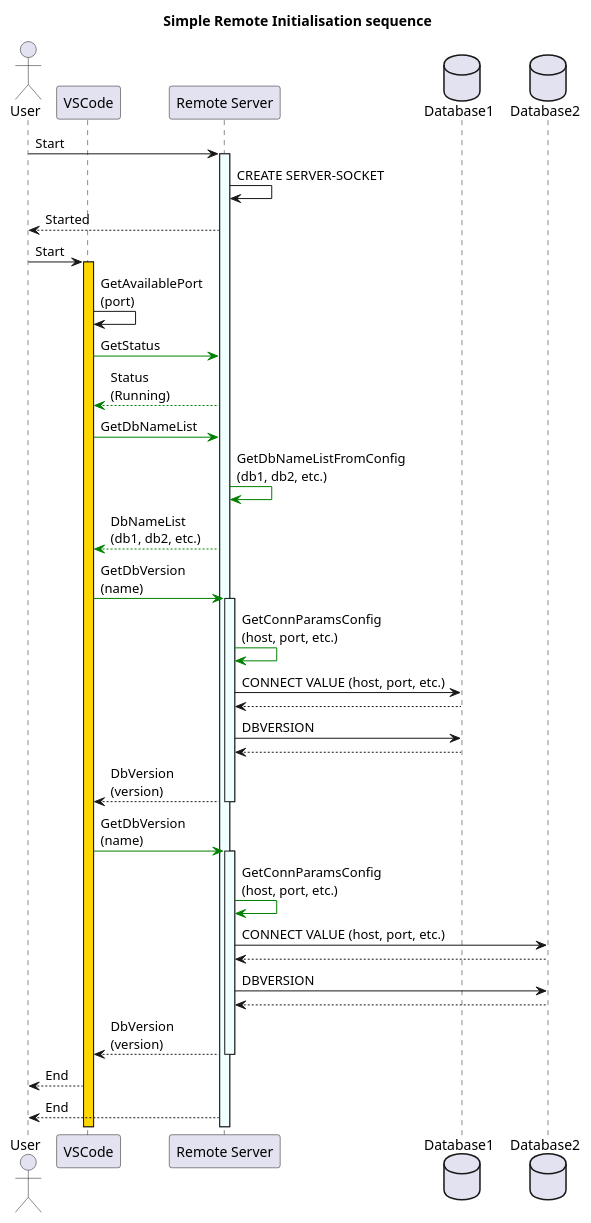
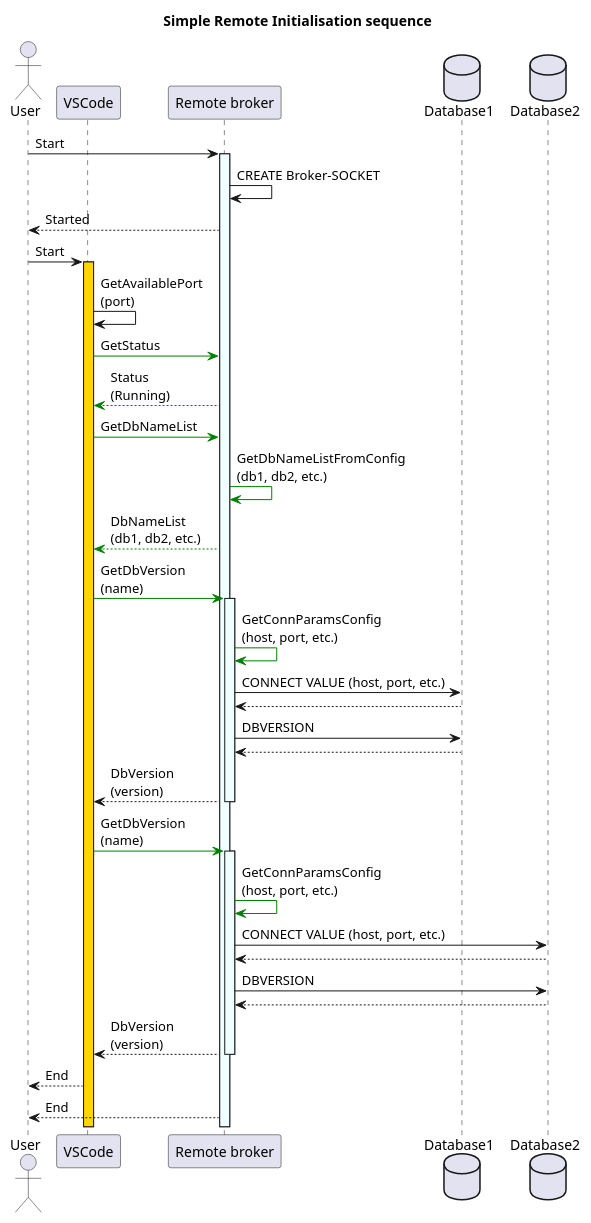
Before and after one commit to BalticAmadeus/ProBro: the diagram in seq2.plantuml, drawn with PlantUML. The commit also changed 8 other files, not shown here.

```diff
--- a/seq2.plantuml
+++ b/seq2.plantuml
@@ -1,45 +1,45 @@
 @startuml SimpleRemoteInitializationSequence
 
 title Simple Remote Initialisation sequence
 
 actor User
 participant VSCode
-participant Server as "Remote Server"
+participant Broker as "Remote broker"
 database Database1
 database Database2
 
-User -> Server ++ #Azure : Start
-Server ->  Server : CREATE SERVER-SOCKET
-User <-- Server : Started
+User -> Broker ++ #Azure : Start
+Broker ->  Broker : CREATE Broker-SOCKET
+User <-- Broker : Started
 User -> VSCode ++ #Gold : Start
 VSCode ->  VSCode : GetAvailablePort\n(port)
-VSCode -[#green]> Server : GetStatus
-VSCode <[#green]-- Server : Status\n(Running)
-VSCode -[#green]>  Server : GetDbNameList
-Server -[#green]>  Server : GetDbNameListFromConfig\n(db1, db2, etc.)
-VSCode <[#green]-- Server : DbNameList\n(db1, db2, etc.)
-VSCode -[#green]>  Server : GetDbVersion\n(name)
+VSCode -[#green]> Broker : GetStatus
+VSCode <[#green]-- Broker : Status\n(Running)
+VSCode -[#green]>  Broker : GetDbNameList
+Broker -[#green]>  Broker : GetDbNameListFromConfig\n(db1, db2, etc.)
+VSCode <[#green]-- Broker : DbNameList\n(db1, db2, etc.)
+VSCode -[#green]>  Broker : GetDbVersion\n(name)
 
-activate Server #Azure
-Server -[#green]>  Server : GetConnParamsConfig\n(host, port, etc.)
-Server -> Database1 : CONNECT VALUE (host, port, etc.)
-Server <-- Database1
-Server -> Database1 : DBVERSION
-Server <-- Database1
-VSCode <-- Server : DbVersion\n(version)
-deactivate Server
+activate Broker #Azure
+Broker -[#green]>  Broker : GetConnParamsConfig\n(host, port, etc.)
+Broker -> Database1 : CONNECT VALUE (host, port, etc.)
+Broker <-- Database1
+Broker -> Database1 : DBVERSION
+Broker <-- Database1
+VSCode <-- Broker : DbVersion\n(version)
+deactivate Broker
 
-VSCode -[#green]>  Server : GetDbVersion\n(name)
+VSCode -[#green]>  Broker : GetDbVersion\n(name)
 
-activate Server #Azure
-Server -[#green]>  Server : GetConnParamsConfig\n(host, port, etc.)
-Server -> Database2 : CONNECT VALUE (host, port, etc.)
-Server <-- Database2
-Server -> Database2 : DBVERSION
-Server <-- Database2
-VSCode <-- Server : DbVersion\n(version)
-deactivate Server
+activate Broker #Azure
+Broker -[#green]>  Broker : GetConnParamsConfig\n(host, port, etc.)
+Broker -> Database2 : CONNECT VALUE (host, port, etc.)
+Broker <-- Database2
+Broker -> Database2 : DBVERSION
+Broker <-- Database2
+VSCode <-- Broker : DbVersion\n(version)
+deactivate Broker
 User <-- VSCode : End
-User <-- Server : End
+User <-- Broker : End
 
 @enduml
```
